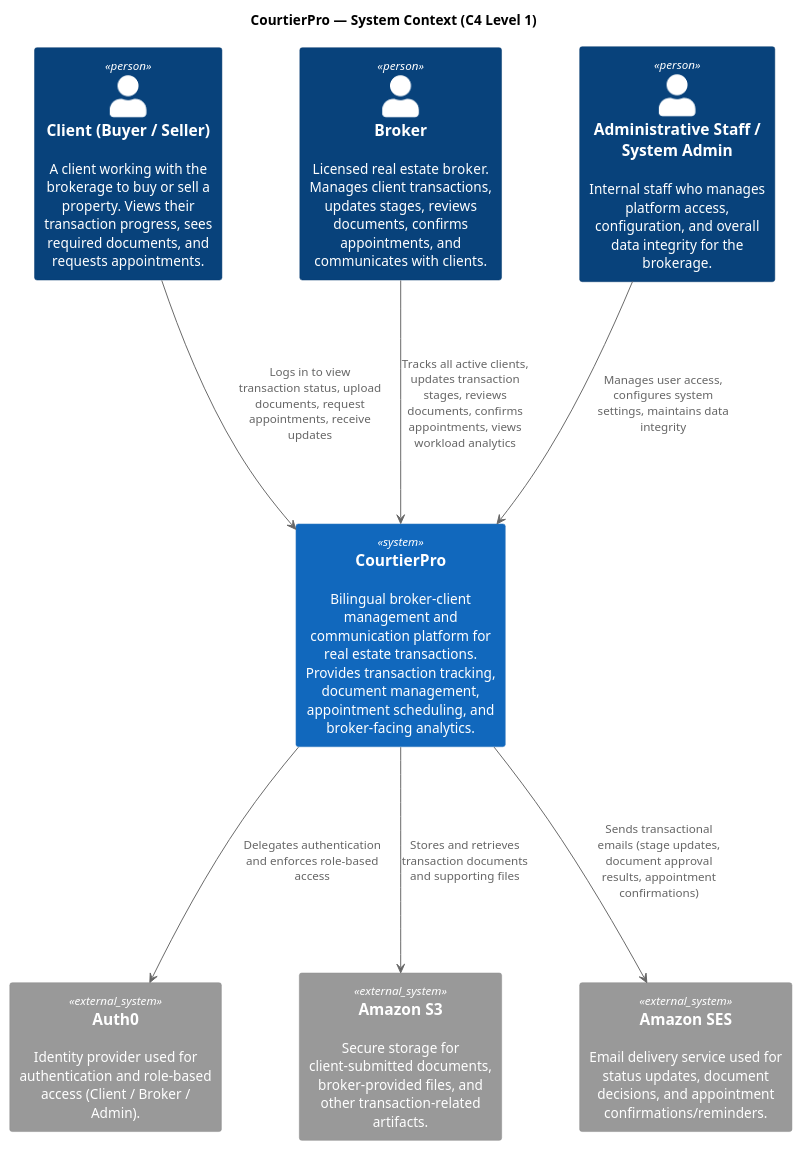
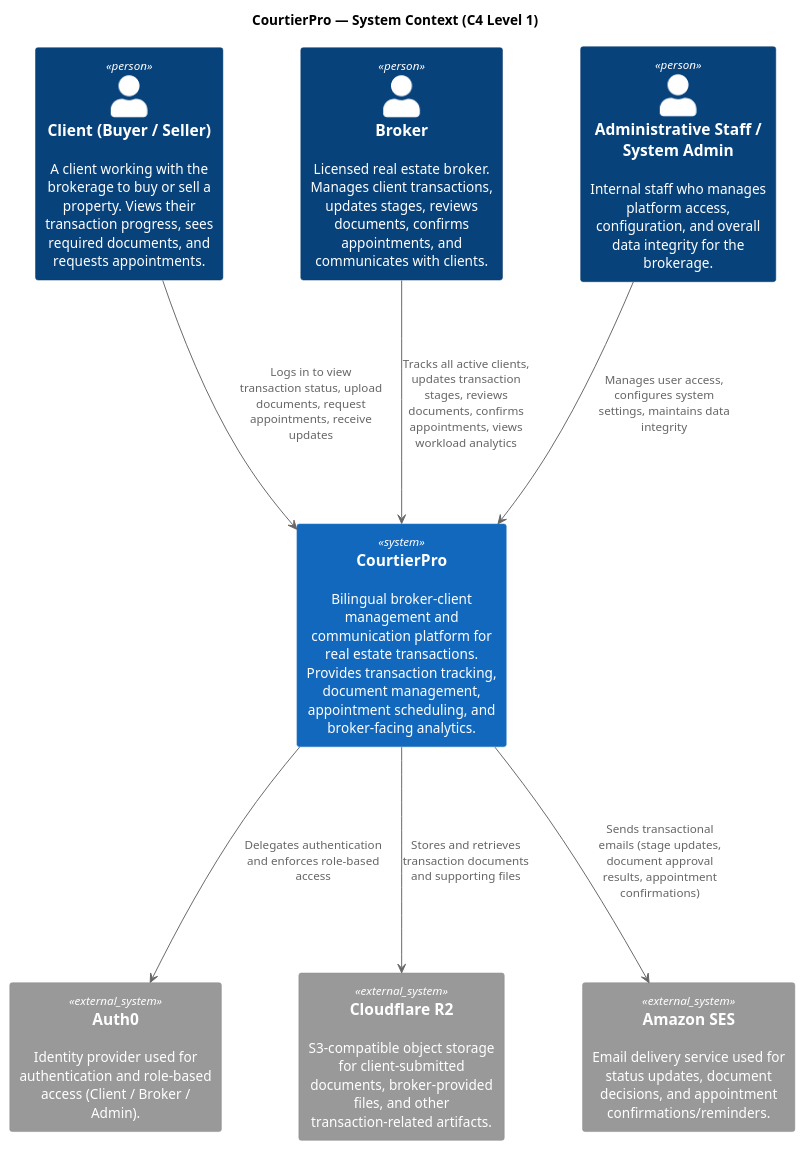
The diagram in docs/diagrams/CourtierProC4L1.puml (CourtierPro/CourtierPro), drawn with PlantUML before and after one commit. The commit also changed 21 other files, not shown here.

First line of the commit message:
Updated diagrams

```diff
--- a/docs/diagrams/CourtierProC4L1.puml
+++ b/docs/diagrams/CourtierProC4L1.puml
@@ -1,32 +1,32 @@
 @startuml
 !include https://raw.githubusercontent.com/plantuml-stdlib/C4-PlantUML/master/C4_Context.puml
 
 title CourtierPro — System Context (C4 Level 1)
 
 ' ==== USERS ====
 Person(client, "Client (Buyer / Seller)", "A client working with the brokerage to buy or sell a property. Views their transaction progress, sees required documents, and requests appointments.")
 Person(broker, "Broker", "Licensed real estate broker. Manages client transactions, updates stages, reviews documents, confirms appointments, and communicates with clients.")
 Person(admin, "Administrative Staff / System Admin", "Internal staff who manages platform access, configuration, and overall data integrity for the brokerage.")
 
 ' ==== MAIN SYSTEM ====
 System(courtierPro, "CourtierPro", "Bilingual broker–client management and communication platform for real estate transactions. Provides transaction tracking, document management, appointment scheduling, and broker-facing analytics.")
 
 ' ==== EXTERNAL SERVICES ====
 System_Ext(auth0, "Auth0", "Identity provider used for authentication and role-based access (Client / Broker / Admin).")
-System_Ext(amazonS3, "Amazon S3", "Secure storage for client-submitted documents, broker-provided files, and other transaction-related artifacts.")
+System_Ext(cloudflareR2, "Cloudflare R2", "S3-compatible object storage for client-submitted documents, broker-provided files, and other transaction-related artifacts.")
 System_Ext(amazonSES, "Amazon SES", "Email delivery service used for status updates, document decisions, and appointment confirmations/reminders.")
 
 ' ==== RELATIONSHIPS (USERS <-> COURTIERPRO) ====
 client --> courtierPro : "Logs in to view transaction status, upload documents, request appointments, receive updates"
 broker --> courtierPro : "Tracks all active clients, updates transaction stages, reviews documents, confirms appointments, views workload analytics"
 admin --> courtierPro  : "Manages user access, configures system settings, maintains data integrity"
 
 ' ==== RELATIONSHIPS (COURTIERPRO <-> EXTERNAL SERVICES) ====
 courtierPro --> auth0     : "Delegates authentication and enforces role-based access"
-courtierPro --> amazonS3  : "Stores and retrieves transaction documents and supporting files"
+courtierPro --> cloudflareR2  : "Stores and retrieves transaction documents and supporting files"
 courtierPro --> amazonSES : "Sends transactional emails (stage updates, document approval results, appointment confirmations)"
 
 ' --- spacing tweaks ---
 skinparam nodesep 80
 skinparam ranksep 150
 @enduml
```
